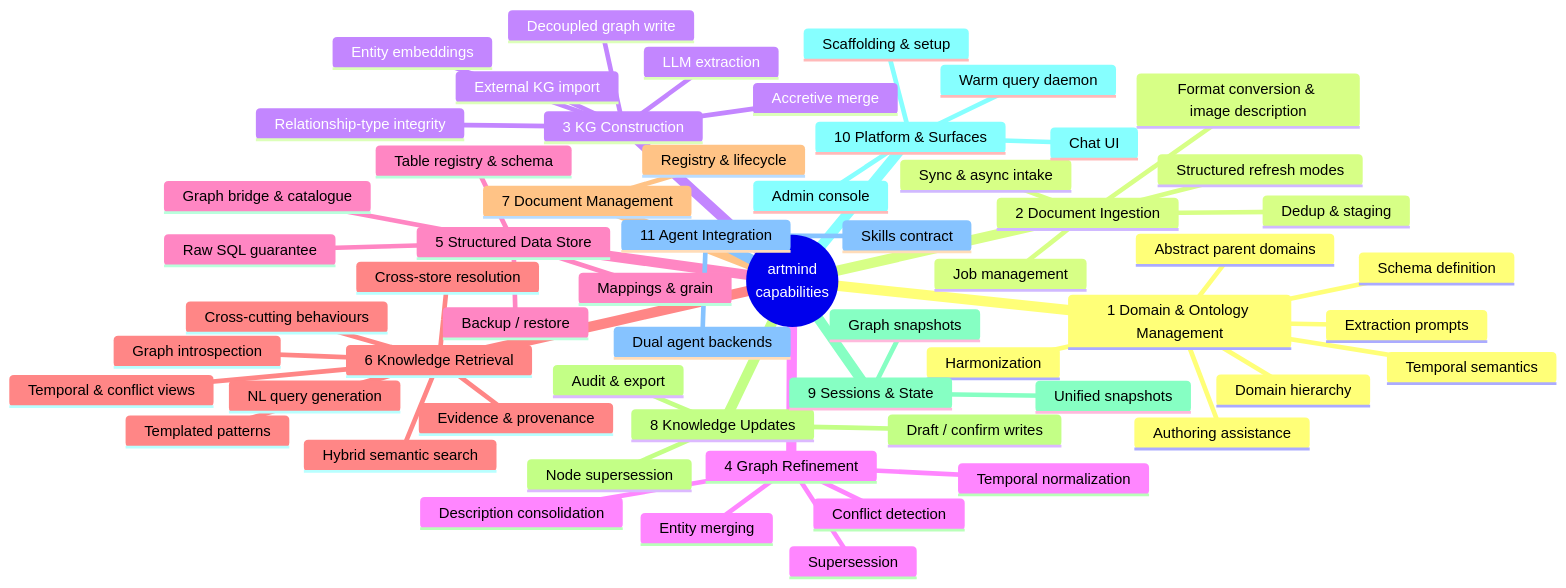
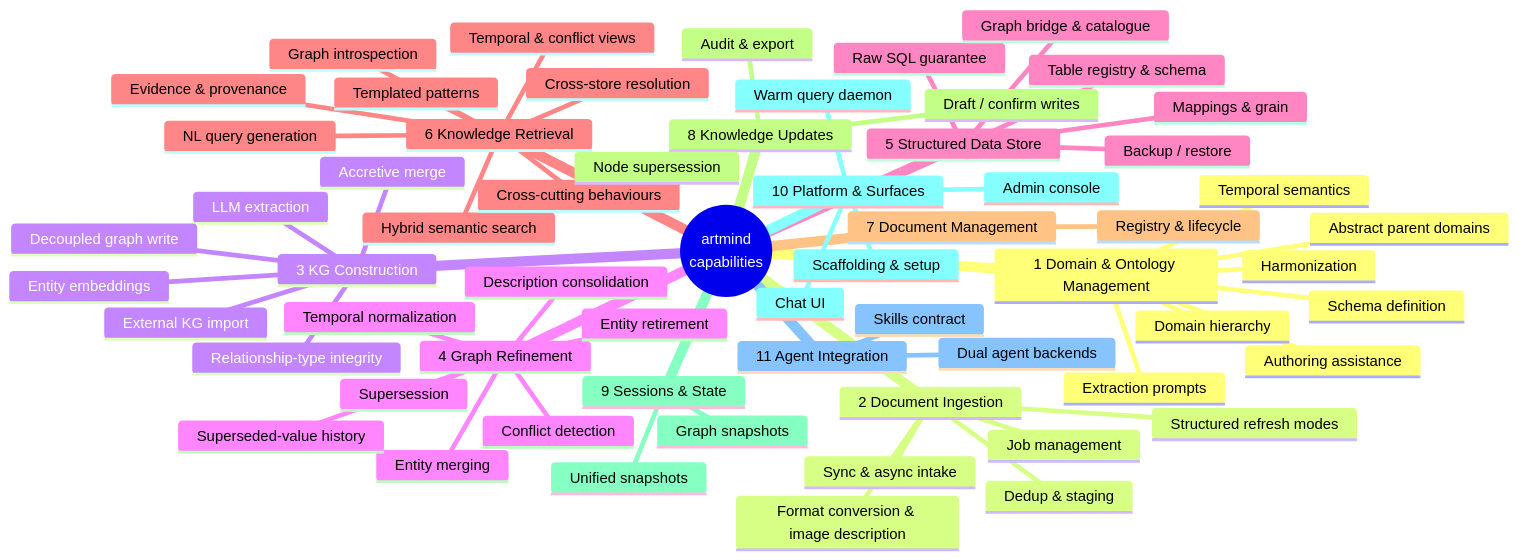
One commit to neurongraph/artmind9 changed the diagram in docs/CAPABILITIES.md. Above: the diagram before and after it, drawn with Mermaid. The commit also changed other lines of this file and 3 other files, not shown here.

Commit message:
docs: document the history zone, entity retirement, and conflict resolution

````diff
--- a/docs/CAPABILITIES.md
+++ b/docs/CAPABILITIES.md
@@ -28,63 +28,65 @@
 ```mermaid
 mindmap
   root((artmind<br/>capabilities))
     1 Domain & Ontology Management
       Schema definition
       Domain hierarchy
       Extraction prompts
       Harmonization
       Temporal semantics
       Abstract parent domains
       Authoring assistance
     2 Document Ingestion
       Sync & async intake
       Job management
       Dedup & staging
       Structured refresh modes
       Format conversion & image description
     3 KG Construction
       LLM extraction
       Decoupled graph write
       External KG import
       Entity embeddings
       Relationship-type integrity
       Accretive merge
     4 Graph Refinement
       Entity merging
       Description consolidation
       Temporal normalization
       Conflict detection
       Supersession
+      Entity retirement
+      Superseded-value history
     5 Structured Data Store
       Table registry & schema
       Raw SQL guarantee
       Mappings & grain
       Graph bridge & catalogue
       Backup / restore
     6 Knowledge Retrieval
       Graph introspection
       Templated patterns
       Hybrid semantic search
       NL query generation
       Evidence & provenance
       Temporal & conflict views
       Cross-store resolution
       Cross-cutting behaviours
     7 Document Management
       Registry & lifecycle
     8 Knowledge Updates
       Draft / confirm writes
       Node supersession
       Audit & export
     9 Sessions & State
       Graph snapshots
       Unified snapshots
     10 Platform & Surfaces
       Scaffolding & setup
       Warm query daemon
       Chat UI
       Admin console
     11 Agent Integration
       Skills contract
       Dual agent backends
 ```
````
